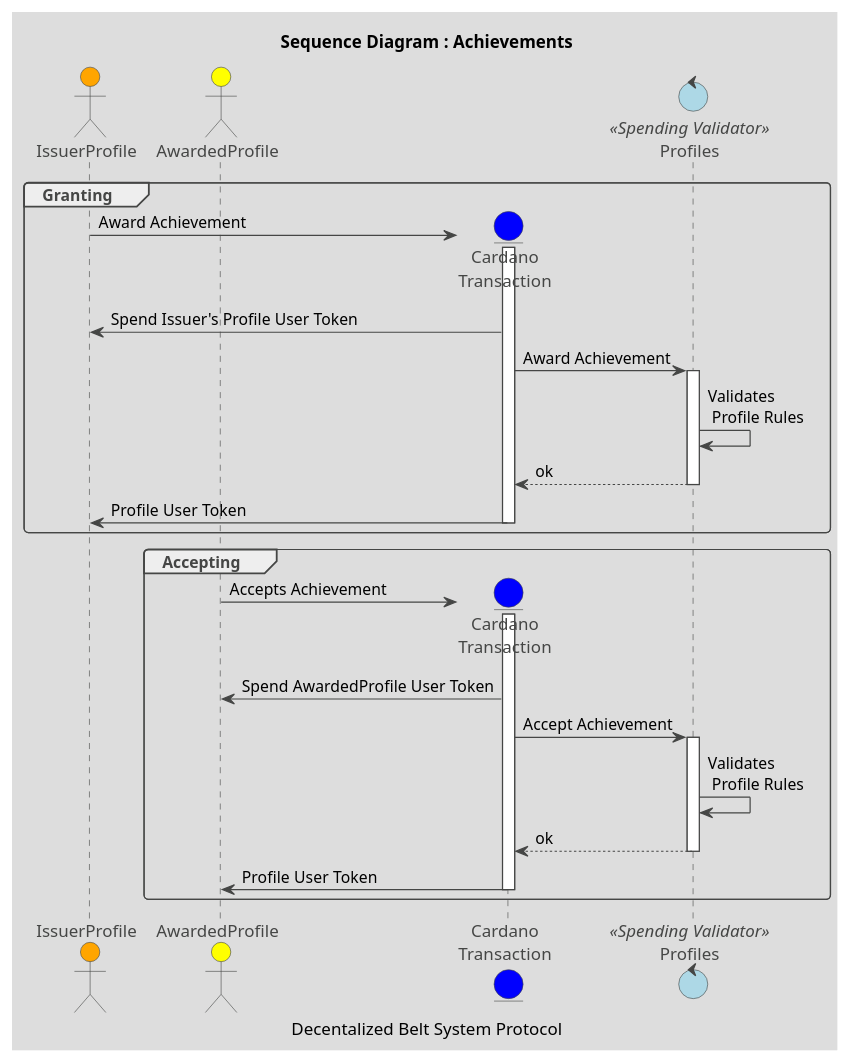
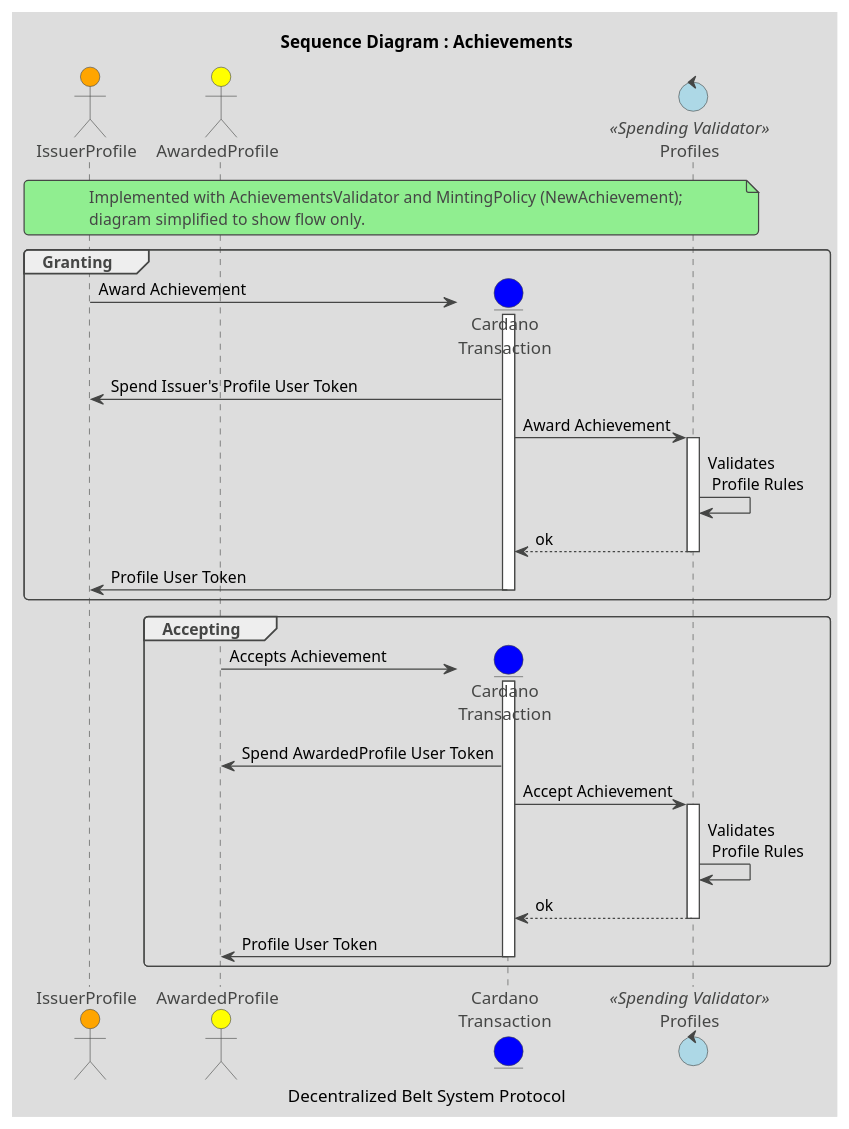
The diagram in puml/SequenceDiagram-Achievements.puml (en7angled/Decentralized-Belt-System), drawn with PlantUML before and after one commit. The commit also changed 167 other files, not shown here.

```diff
--- a/puml/SequenceDiagram-Achievements.puml
+++ b/puml/SequenceDiagram-Achievements.puml
@@ -1,44 +1,48 @@
 @startuml Achievements
 
 title: Sequence Diagram : Achievements
-caption: Decentalized Belt System Protocol
+caption: Decentralized Belt System Protocol
 
 !theme toy
 
 skinparam control<< Spending Validator >>  {
     BackgroundColor LightBlue
 }
 skinparam control<< Minting Policy >>    {
     BackgroundColor MediumPurple
 }
 
 
 actor IssuerProfile #orange
 actor AwardedProfile #yellow
 entity Cardano as "Cardano\nTransaction" #blue
 
 control ProfilesV as "Profiles" << Spending Validator >>
 
+note over IssuerProfile, ProfilesV
+  Implemented with AchievementsValidator and MintingPolicy (NewAchievement);
+  diagram simplified to show flow only.
+end note
 
 group Granting
 create Cardano
     IssuerProfile -> Cardano --++ : Award Achievement
     Cardano -> IssuerProfile: Spend Issuer's Profile User Token
     Cardano -> ProfilesV ++ : Award Achievement
     ProfilesV -> ProfilesV : Validates\n Profile Rules
     ProfilesV --> Cardano --: ok
     Cardano -> IssuerProfile -- : Profile User Token 
 end group
 
 group Accepting
 create Cardano
     AwardedProfile -> Cardano --++ : Accepts Achievement
     Cardano -> AwardedProfile: Spend AwardedProfile User Token
     Cardano -> ProfilesV ++ : Accept Achievement
     ProfilesV -> ProfilesV : Validates\n Profile Rules
     ProfilesV --> Cardano --: ok
     Cardano -> AwardedProfile -- : Profile User Token
 end group
 
 
 @enduml
```
